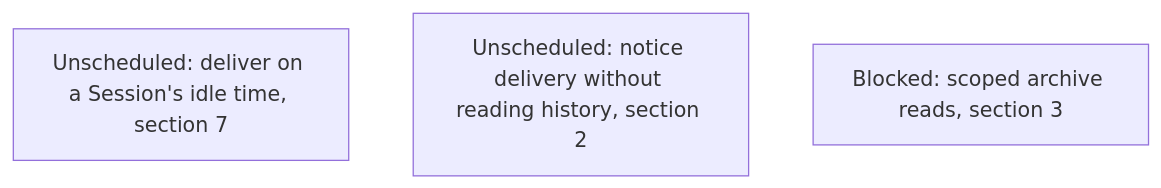
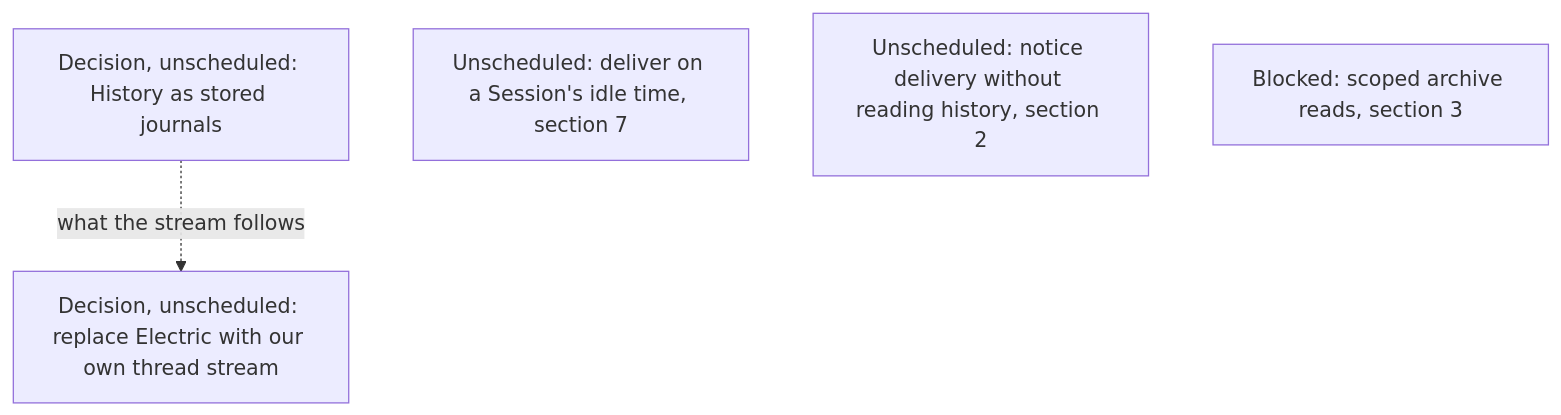
Diagram 12 of 18 in agentplane/plans/task_dag.md (agentydragon/ducktape), drawn with Mermaid before and after one commit. The commit also changed other lines of this file and 4 other files, not shown here.

First line of the commit message:
agentplane: Kubernetes decoupling plan, Journal/Thread naming, Electric and sampler-prefix DAG notes (#16306)

````diff
--- a/agentplane/plans/task_dag.md
+++ b/agentplane/plans/task_dag.md
@@ -2191,6 +2212,9 @@
 ```mermaid
 flowchart TD
+    JOURNAL_REPRESENTATION_DESIGN[Decision, unscheduled: History as stored journals]
+    THREAD_SYNC_WITHOUT_ELECTRIC[Decision, unscheduled: replace Electric with our own thread stream]
+    JOURNAL_REPRESENTATION_DESIGN -. what the stream follows .-> THREAD_SYNC_WITHOUT_ELECTRIC
     SESSION_ACTIVITY_STREAM[Unscheduled: deliver on a Session's idle time, section 7]
     NOTIFICATION_COMMAND_OUTCOME_DESIGN[Unscheduled: notice delivery without reading history, section 2]
     THREAD_READ_POLICY[Blocked: scoped archive reads, section 3]
 ```
````
